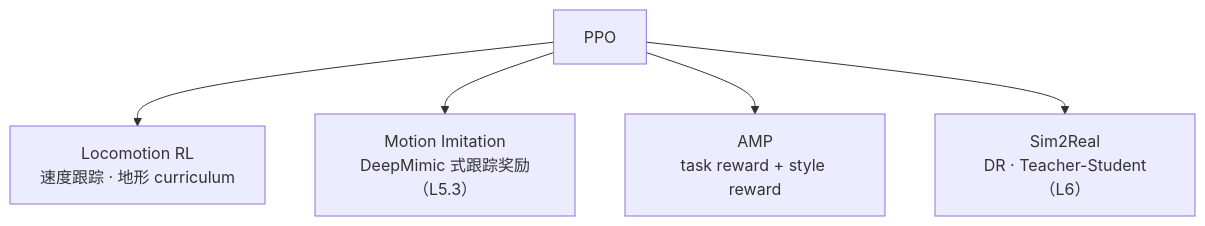
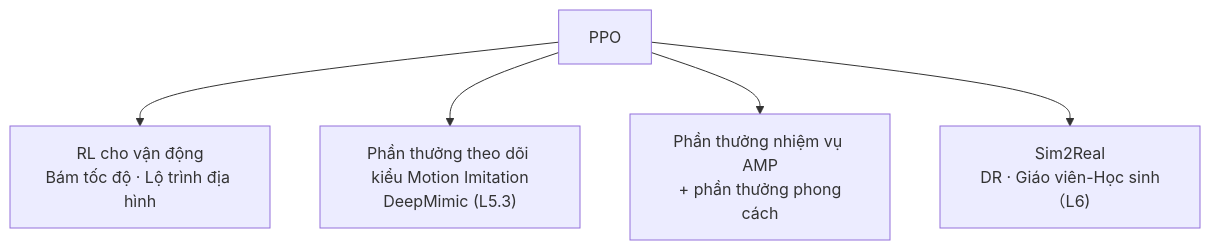
One commit to ledinhtuyen/Robotics_Notebooks changed diagram 18 of 33 in roadmap/motion-control.md. Above: the diagram before and after it, drawn with Mermaid. The commit also changed other lines of this file, not shown here.

Commit message:
docs(roadmap): 完成 motion-control 全文越南语翻译

````diff
--- a/roadmap/motion-control.md
+++ b/roadmap/motion-control.md
@@ -1221,7 +1235,7 @@
 ```mermaid
 flowchart TB
-  PPO["PPO"] --> Loco["Locomotion RL<br/>速度跟踪 · 地形 curriculum"]
-  PPO --> Mimic["Motion Imitation<br/>DeepMimic 式跟踪奖励（L5.3）"]
-  PPO --> AMP["AMP<br/>task reward + style reward"]
-  PPO --> S2R["Sim2Real<br/>DR · Teacher-Student（L6）"]
+  PPO --> Loco["RL cho vận động<br/>Bám tốc độ · Lộ trình địa hình"]
+  PPO --> Mimic["Phần thưởng theo dõi kiểu Motion Imitation<br/>DeepMimic (L5.3)"]
+  PPO --> AMP["Phần thưởng nhiệm vụ AMP<br/> + phần thưởng phong cách"]
+  PPO --> S2R["Sim2Real<br/>DR · Giáo viên-Học sinh（L6)"]
 ```
````
